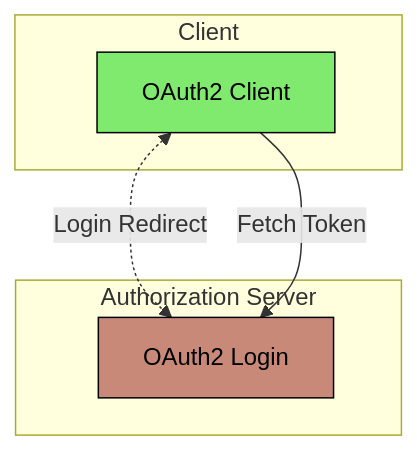
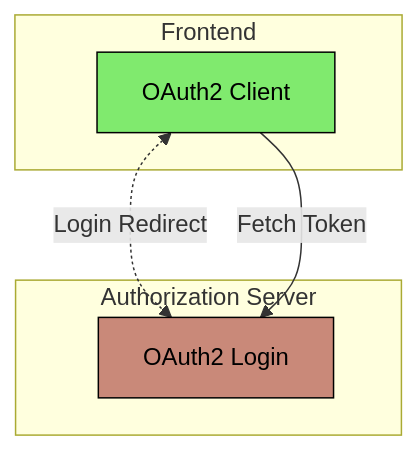
One commit to onlyteo/spring-boot-sandbox changed the diagram in spring-boot-oauth2-authorization-server-extended/README.md. Above: the diagram before and after it, drawn with Mermaid. The commit also changed other lines of this file and 161 other files, not shown here.

````diff
--- a/spring-boot-oauth2-authorization-server-extended/README.md
+++ b/spring-boot-oauth2-authorization-server-extended/README.md
@@ -7,15 +7,15 @@
 ```mermaid
 graph TD
-    subgraph Client
+    subgraph Frontend
         A[OAuth2 Client]
     end
     subgraph Authorization Server
-        B[OAuth2 Login]
+        X[OAuth2 Login]
     end
 
-    A:::spring <-. Login Redirect .-> B:::oauth2
-    A:::spring -- Fetch Token --> B:::oauth2
+    A:::spring <-. Login Redirect .-> X:::oauth2
+    A:::spring -- Fetch Token --> X:::oauth2
     
     classDef spring fill:#80ea6e,stroke:#000000,color:#000000
     classDef oauth2 fill:#c98979,stroke:#000000,color:#000000
 ```
````
